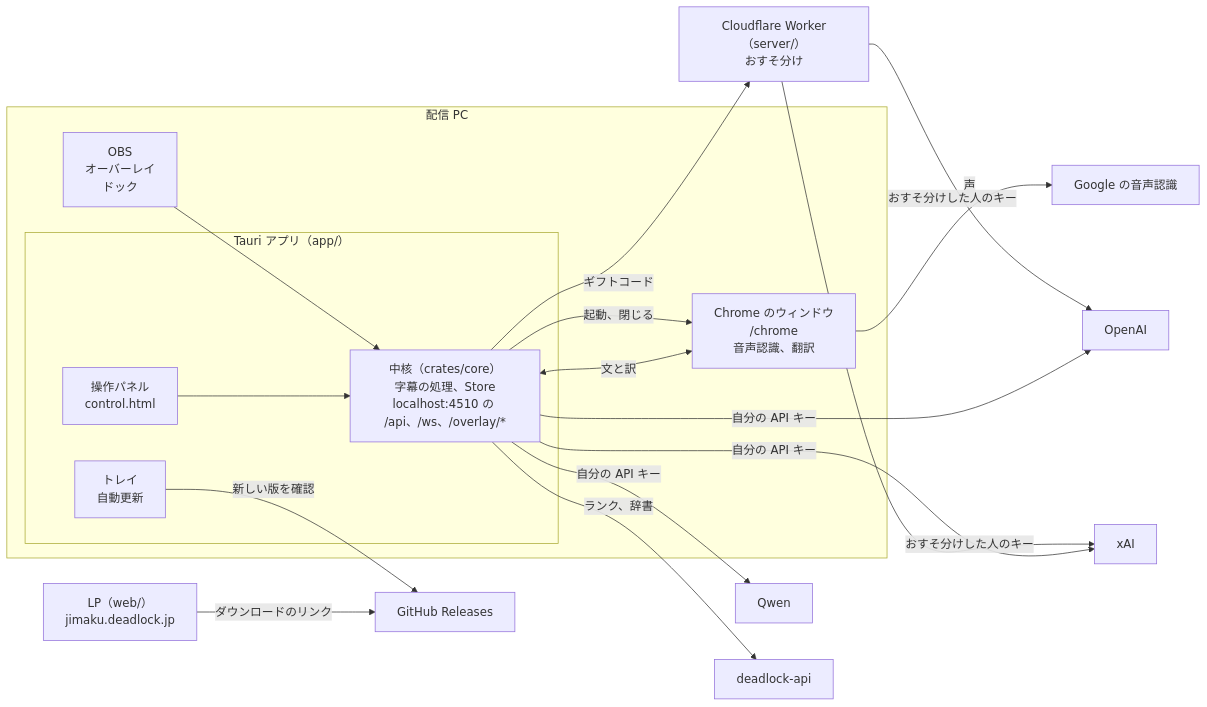
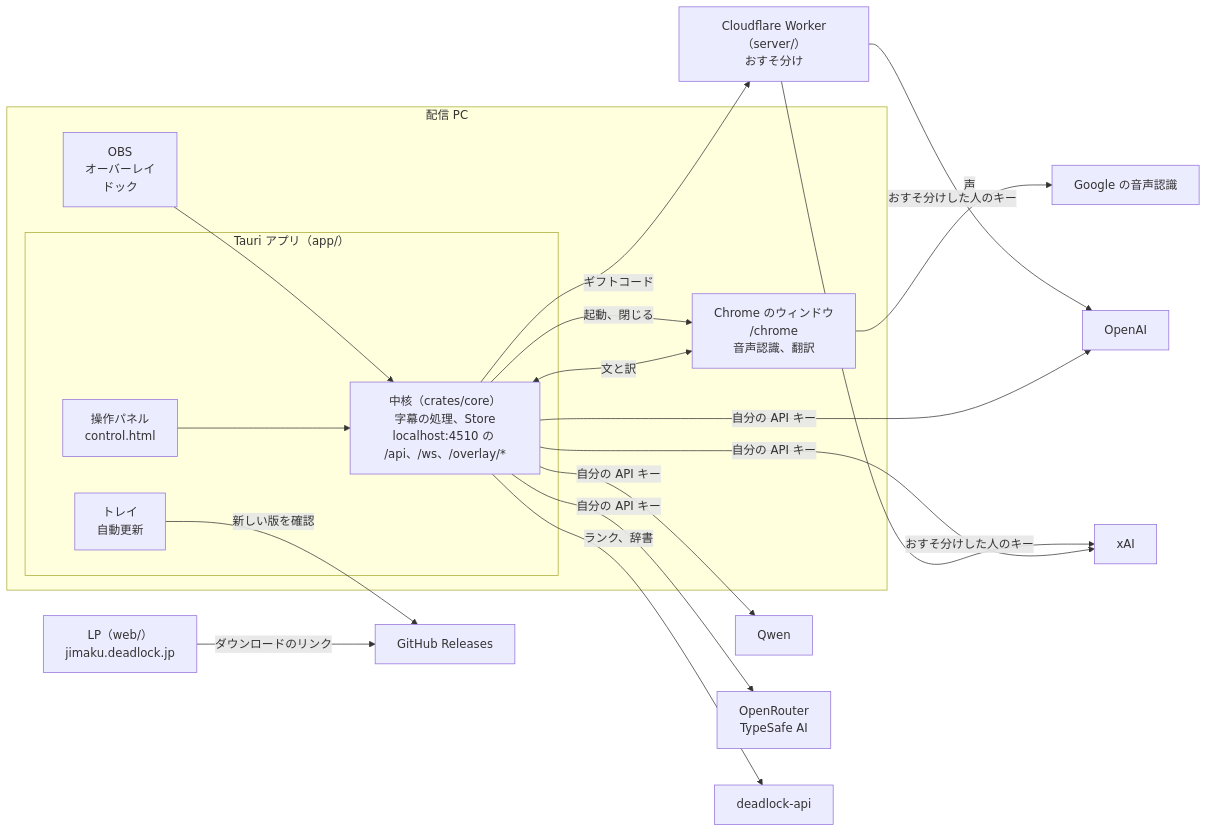
One commit to Chiji1108/deadlock-jimaku changed the first of 4 diagrams in README.md. Above: the diagram before and after it, drawn with Mermaid. The commit also changed other lines of this file and 37 other files, not shown here.

First line of the commit message:
OpenRouter と Jev の選択肢と、PC の中で動く Haas-ja を足す

````diff
--- a/README.md
+++ b/README.md
@@ -52,35 +52,37 @@
 ```mermaid
 flowchart LR
   subgraph pc["配信 PC"]
     obs["OBS<br/>オーバーレイ<br/>ドック"]
     subgraph app["Tauri アプリ（app/）"]
       panel["操作パネル<br/>control.html"]
       core["中核（crates/core）<br/>字幕の処理、Store<br/>localhost:4510 の /api、/ws、/overlay/*"]
       shell["トレイ<br/>自動更新"]
     end
     tab["Chrome のウィンドウ<br/>/chrome<br/>音声認識、翻訳"]
   end
   worker["Cloudflare Worker（server/）<br/>おすそ分け"]
   openai["OpenAI"]
   xai["xAI"]
   qwen["Qwen"]
+  others["OpenRouter<br/>TypeSafe AI"]
   google["Google の音声認識"]
   deadlockapi["deadlock-api"]
   releases["GitHub Releases"]
   lp["LP（web/）<br/>jimaku.deadlock.jp"]
 
   obs --> core
   panel --> core
   tab <-- "文と訳" --> core
   core -- "起動、閉じる" --> tab
   tab -- "声" --> google
   core -- "ギフトコード" --> worker
   worker -- "おすそ分けした人のキー" --> openai
   worker -- "おすそ分けした人のキー" --> xai
   core -- "自分の API キー" --> openai
   core -- "自分の API キー" --> xai
   core -- "自分の API キー" --> qwen
+  core -- "自分の API キー" --> others
   core -- "ランク、辞書" --> deadlockapi
   shell -- "新しい版を確認" --> releases
   lp -- "ダウンロードのリンク" --> releases
 ```
````
